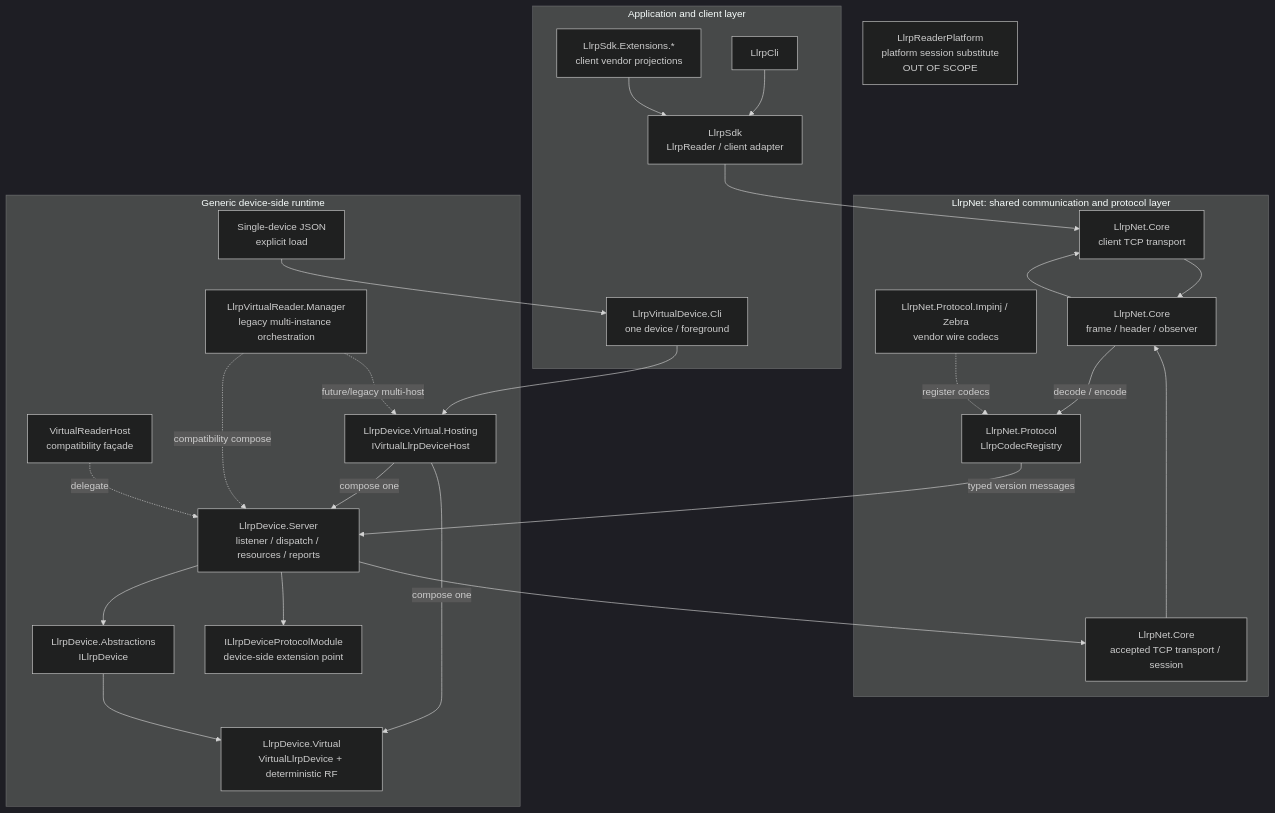
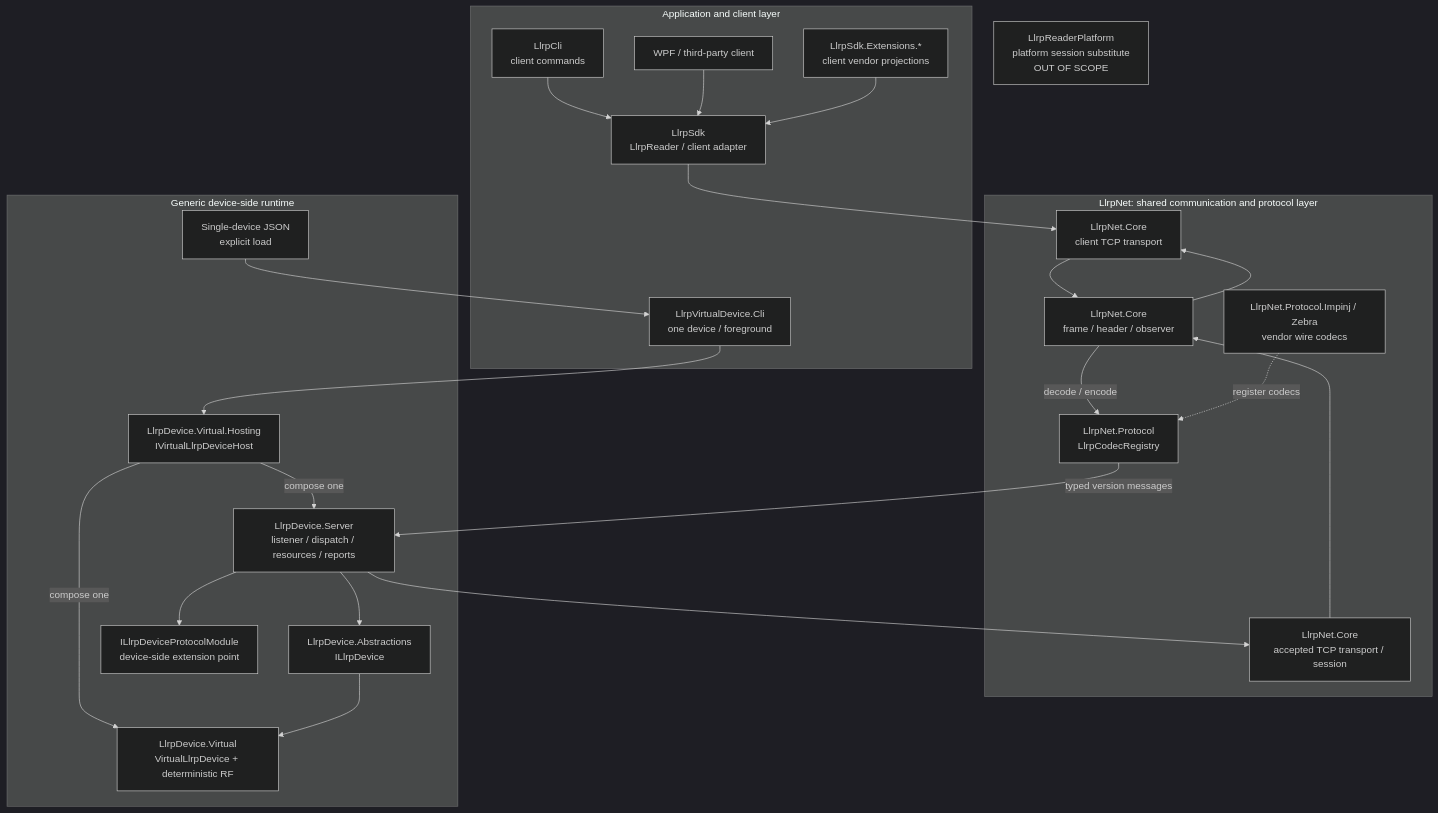
The diagram in docs/architecture/virtual-reader-architecture.mmd (newton5555/LLRPCSharp), drawn with Mermaid (dark theme) before and after one commit. The commit also changed 51 other files, not shown here.

Commit message:
refactor: separate client and virtual device CLI boundaries

```diff
--- a/docs/architecture/virtual-reader-architecture.mmd
+++ b/docs/architecture/virtual-reader-architecture.mmd
@@ -1,50 +1,47 @@
 flowchart TB
     subgraph APP["Application and client layer"]
-        CLI["LlrpCli"]
+        CLI["LlrpCli<br/>client commands"]
+        CLIENT_APP["WPF / third-party client"]
         DEVICE_CLI["LlrpVirtualDevice.Cli<br/>one device / foreground"]
         SDK["LlrpSdk<br/>LlrpReader / client adapter"]
         SDK_EXT["LlrpSdk.Extensions.*<br/>client vendor projections"]
     end
 
     subgraph NET["LlrpNet: shared communication and protocol layer"]
         CLIENT_TCP["LlrpNet.Core<br/>client TCP transport"]
         SERVER_TCP["LlrpNet.Core<br/>accepted TCP transport / session"]
         FRAME["LlrpNet.Core<br/>frame / header / observer"]
         REGISTRY["LlrpNet.Protocol<br/>LlrpCodecRegistry"]
         WIRE["LlrpNet.Protocol.Impinj / Zebra<br/>vendor wire codecs"]
     end
 
     subgraph DEVICE["Generic device-side runtime"]
         HOST["LlrpDevice.Virtual.Hosting<br/>IVirtualLlrpDeviceHost"]
         SERVER["LlrpDevice.Server<br/>listener / dispatch / resources / reports"]
         CONTRACT["LlrpDevice.Abstractions<br/>ILlrpDevice"]
         VIRTUAL["LlrpDevice.Virtual<br/>VirtualLlrpDevice + deterministic RF"]
         CONFIG["Single-device JSON<br/>explicit load"]
-        MANAGER["LlrpVirtualReader.Manager<br/>legacy multi-instance orchestration"]
         EXT["ILlrpDeviceProtocolModule<br/>device-side extension point"]
-        LEGACY["VirtualReaderHost<br/>compatibility façade"]
     end
 
     PLATFORM["LlrpReaderPlatform<br/>platform session substitute<br/>OUT OF SCOPE"]
 
     CLI --> SDK
+    CLIENT_APP --> SDK
     DEVICE_CLI --> HOST
     SDK_EXT --> SDK
     SDK --> CLIENT_TCP
     CLIENT_TCP --> FRAME
     FRAME --> CLIENT_TCP
 
     HOST -->|"compose one"| SERVER
     HOST -->|"compose one"| VIRTUAL
     CONFIG --> DEVICE_CLI
-    MANAGER -.->|"compatibility compose"| SERVER
-    MANAGER -.->|"future/legacy multi-host"| HOST
-    LEGACY -.->|"delegate"| SERVER
     SERVER --> SERVER_TCP
     SERVER_TCP --> FRAME
     FRAME -->|"decode / encode"| REGISTRY
     REGISTRY -->|"typed version messages"| SERVER
     SERVER --> CONTRACT
     CONTRACT --> VIRTUAL
     SERVER --> EXT
     WIRE -.->|"register codecs"| REGISTRY
```
